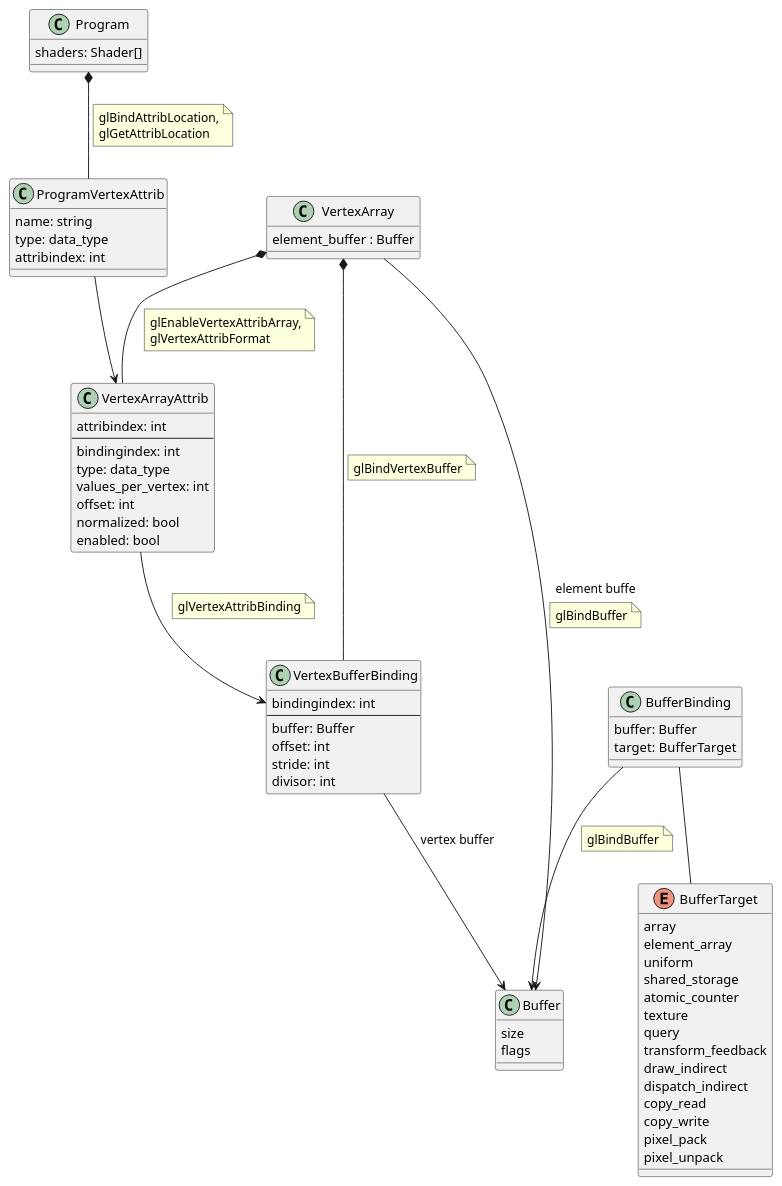
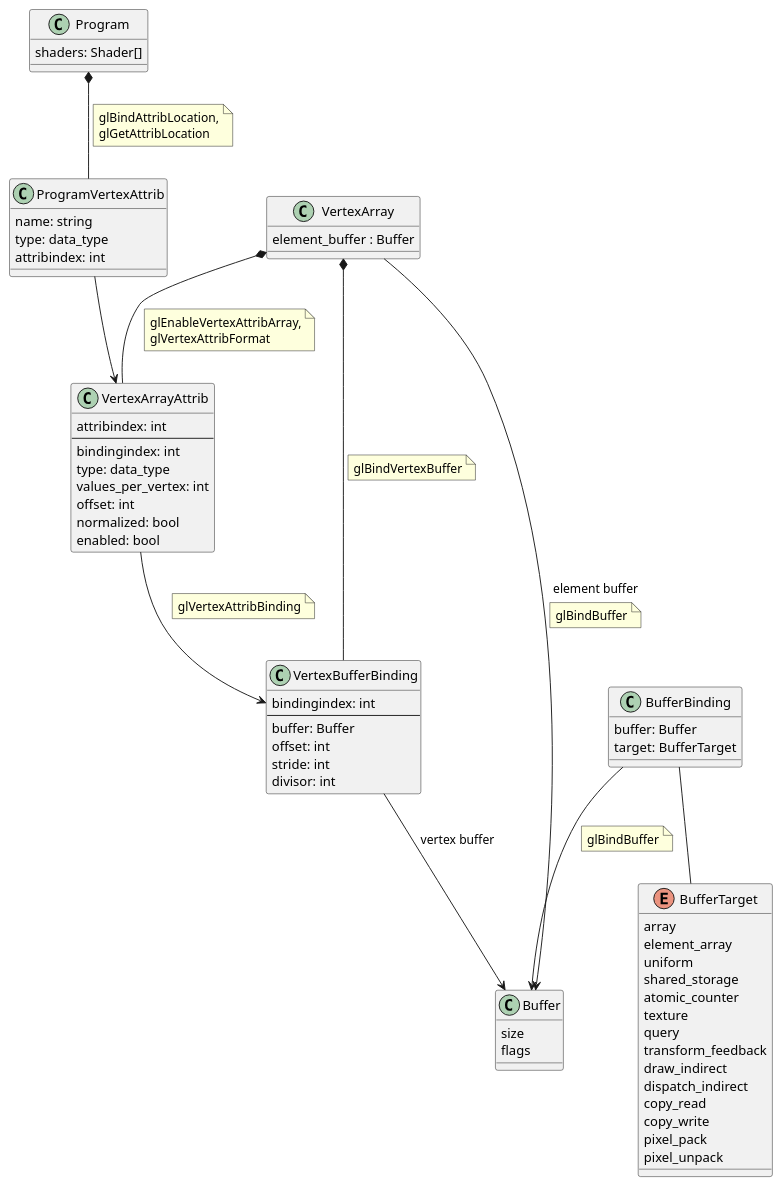
Before and after one commit to matus-chochlik/eagine-oglplus: the diagram in doc/diagrams/GL/vertex_specification.puml, drawn with PlantUML. The commit also changed 1 other file, not shown here.

Commit message:
Fixed typo in puml diagram (vertex specification)

```diff
--- a/doc/diagrams/GL/vertex_specification.puml
+++ b/doc/diagrams/GL/vertex_specification.puml
@@ -1,88 +1,88 @@
 @startuml
 
 class VertexArray {
     element_buffer : Buffer
 }
 
 class VertexBufferBinding {
     bindingindex: int
     ---
     buffer: Buffer
     offset: int
     stride: int
     divisor: int
 }
 
 class VertexArrayAttrib {
     attribindex: int
     ---
     bindingindex: int
     type: data_type
     values_per_vertex: int
     offset: int
     normalized: bool
     enabled: bool
 }
 
 
 enum BufferTarget {
     array
     element_array
     uniform
     shared_storage
     atomic_counter
     texture
     query
     transform_feedback
     draw_indirect
     dispatch_indirect
     copy_read
     copy_write
     pixel_pack
     pixel_unpack
 }
 
 class Buffer {
     size
     flags
 }
 
 class BufferBinding {
     buffer: Buffer
     target: BufferTarget
 }
 
 class Program {
     shaders: Shader[]
 }
 
 class ProgramVertexAttrib{
     name: string
     type: data_type
     attribindex: int
 }
 
 VertexArray *-- VertexArrayAttrib
 note on link: glEnableVertexAttribArray,\nglVertexAttribFormat
 
 VertexArray *-- VertexBufferBinding
 note on link: glBindVertexBuffer
 
 VertexArrayAttrib --> VertexBufferBinding
 note on link: glVertexAttribBinding
 
 VertexBufferBinding --> Buffer: vertex buffer
 
-VertexArray --> Buffer : element buffe
+VertexArray --> Buffer : element buffer
 note on link: glBindBuffer
 
 BufferBinding --> Buffer
 note on link: glBindBuffer
 
 BufferBinding -- BufferTarget
 
 Program *-- ProgramVertexAttrib
 note on link: glBindAttribLocation,\nglGetAttribLocation
 
 ProgramVertexAttrib --> VertexArrayAttrib
 @enduml
```
